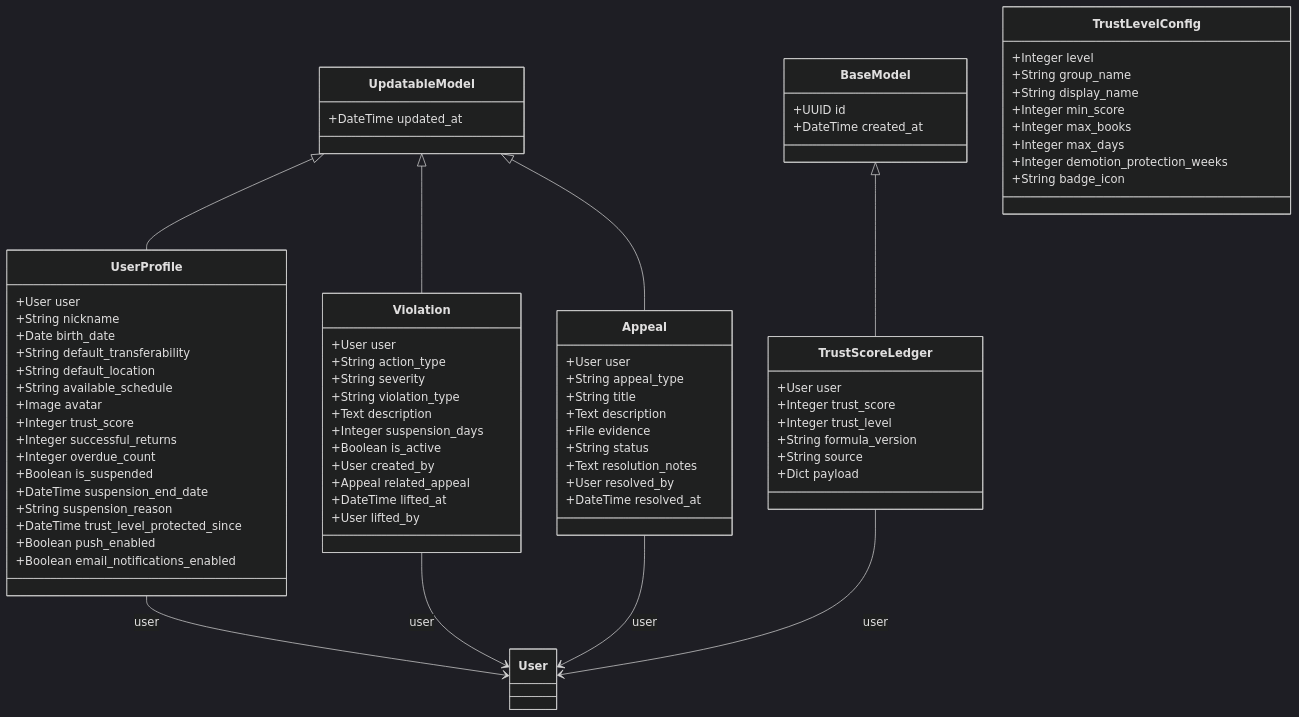
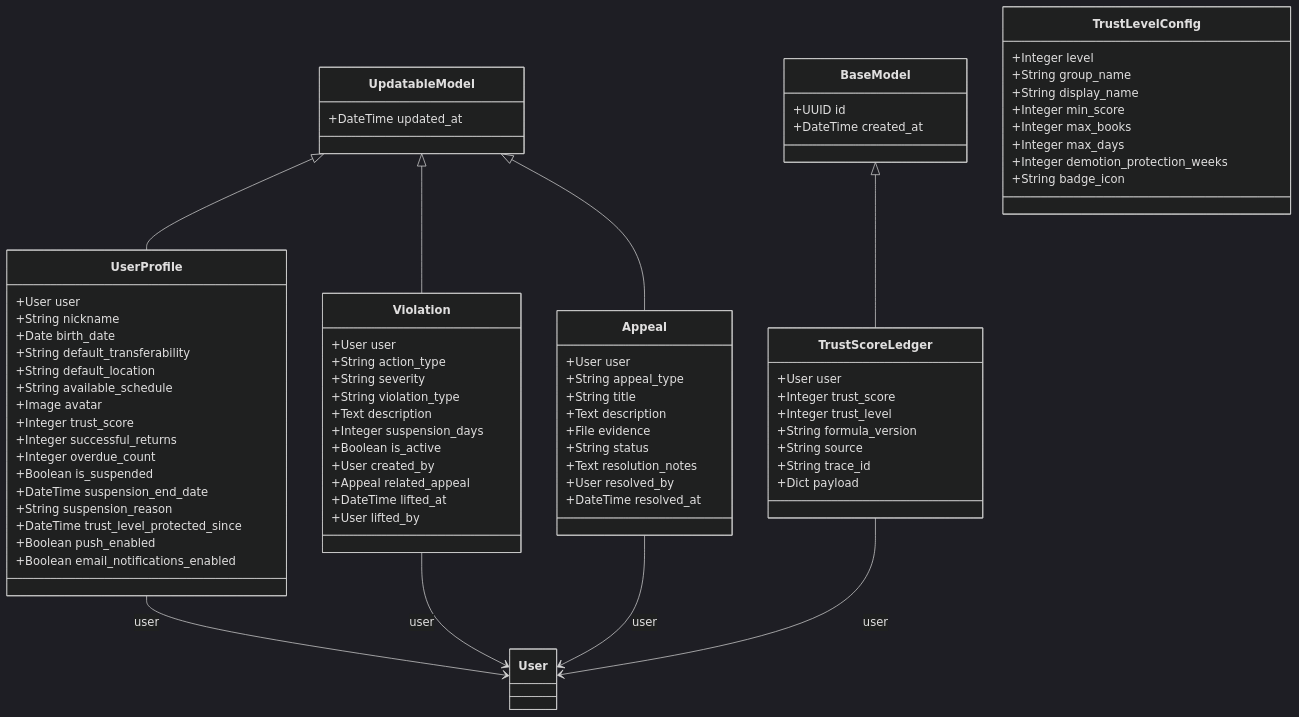
The third of 5 diagrams in docs/class-diagram.md (lucashsu95/exbooks), drawn with Mermaid (dark theme) before and after one commit. The commit also changed other lines of this file and 4 other files, not shown here.

First line of the commit message:
docs: sync 5 architecture docs with actual codebase state

```diff
--- a/docs/class-diagram.md
+++ b/docs/class-diagram.md
@@ -368,6 +377,7 @@
         +Integer trust_level
         +String formula_version
         +String source
+        +String trace_id
         +Dict payload
     }
 
```
